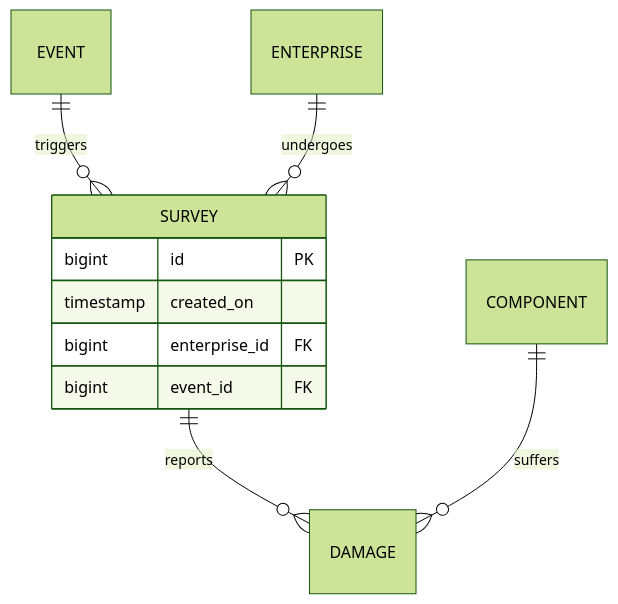
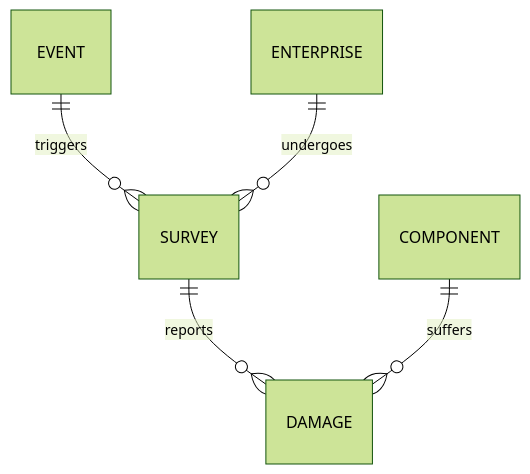
One commit to Tars4815/dictionary-demo changed the third of 3 diagrams in docs/schema_er.md. Above: the diagram before and after it, drawn with Mermaid (forest theme). The commit also changed other lines of this file, not shown here.

````diff
--- a/docs/schema_er.md
+++ b/docs/schema_er.md
@@ -115,14 +63,8 @@
 ```mermaid
 erDiagram
     EVENT ||--o{ SURVEY : triggers
     ENTERPRISE ||--o{ SURVEY : undergoes
     SURVEY ||--o{ DAMAGE : reports
     COMPONENT ||--o{ DAMAGE : suffers
 
-    SURVEY {
-        bigint id PK
-        timestamp created_on
-        bigint enterprise_id FK
-        bigint event_id FK
-    }
 ```
````
